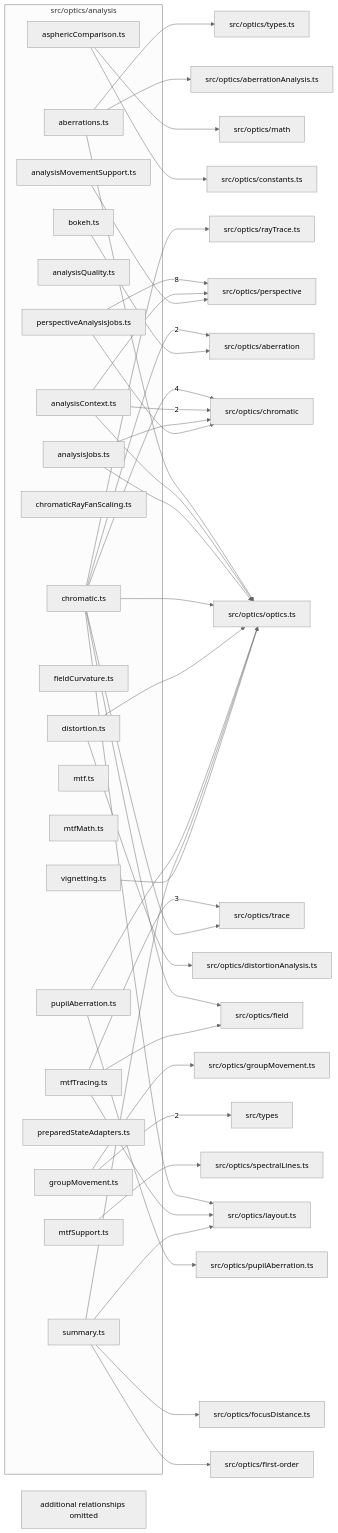
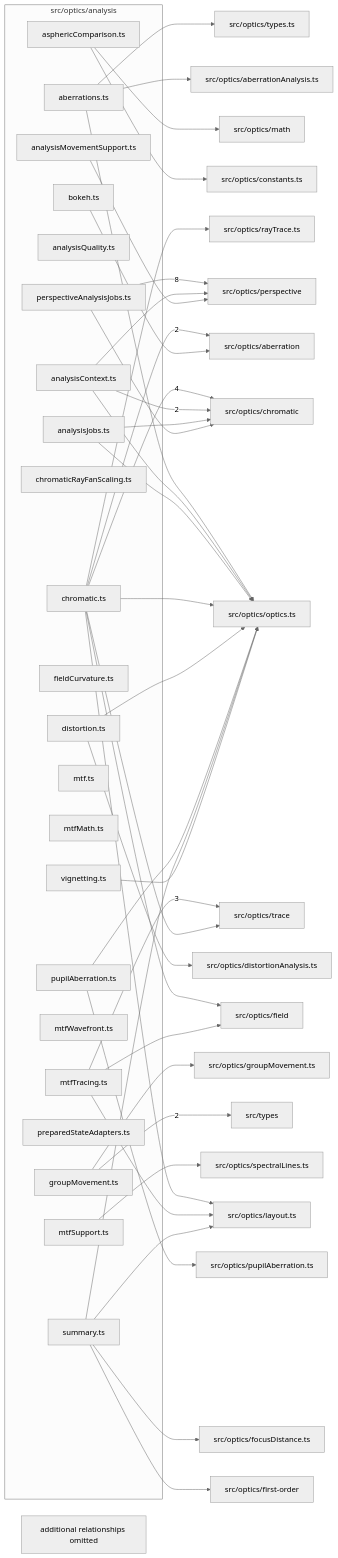
One commit to ronbuening/LensVisualizer changed the diagram in src/optics/analysis/readme.md. Above: the diagram before and after it, drawn with Mermaid (neutral theme). The commit also changed other lines of this file and 9 other files, not shown here.

Commit message:
feat(optics): add validated wavefront sampling

```diff
--- a/src/optics/analysis/readme.md
+++ b/src/optics/analysis/readme.md
@@ -25,6 +25,7 @@
     n_src_optics_analysis_src_optics_analysis_mtfMath_ts["mtfMath.ts"]
     n_src_optics_analysis_src_optics_analysis_mtfSupport_ts["mtfSupport.ts"]
     n_src_optics_analysis_src_optics_analysis_mtfTracing_ts["mtfTracing.ts"]
+    n_src_optics_analysis_src_optics_analysis_mtfWavefront_ts["mtfWavefront.ts"]
     n_src_optics_analysis_src_optics_analysis_perspectiveAnalysisJobs_ts["perspectiveAnalysisJobs.ts"]
     n_src_optics_analysis_src_optics_analysis_preparedStateAdapters_ts["preparedStateAdapters.ts"]
     n_src_optics_analysis_src_optics_analysis_pupilAberration_ts["pupilAberration.ts"]
```
